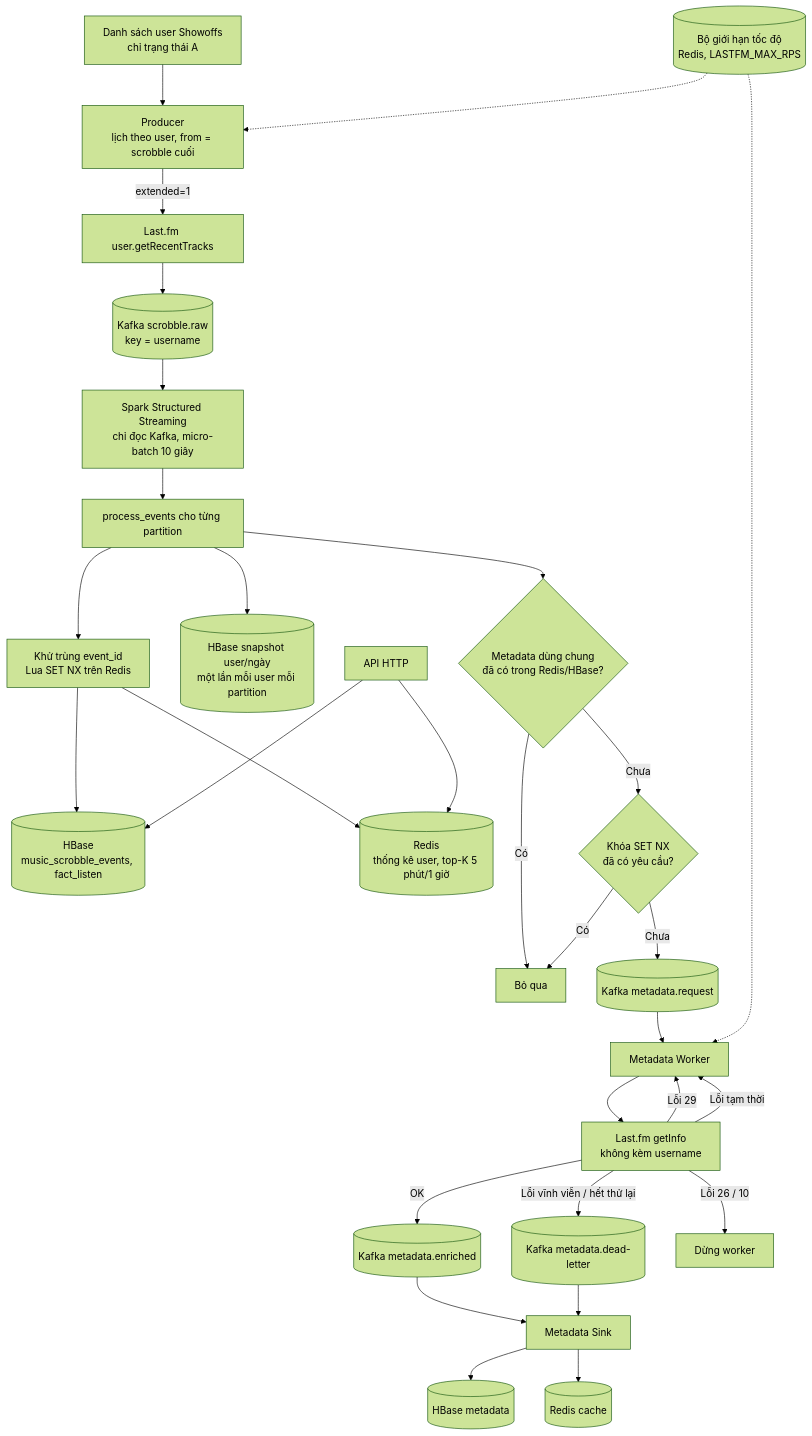
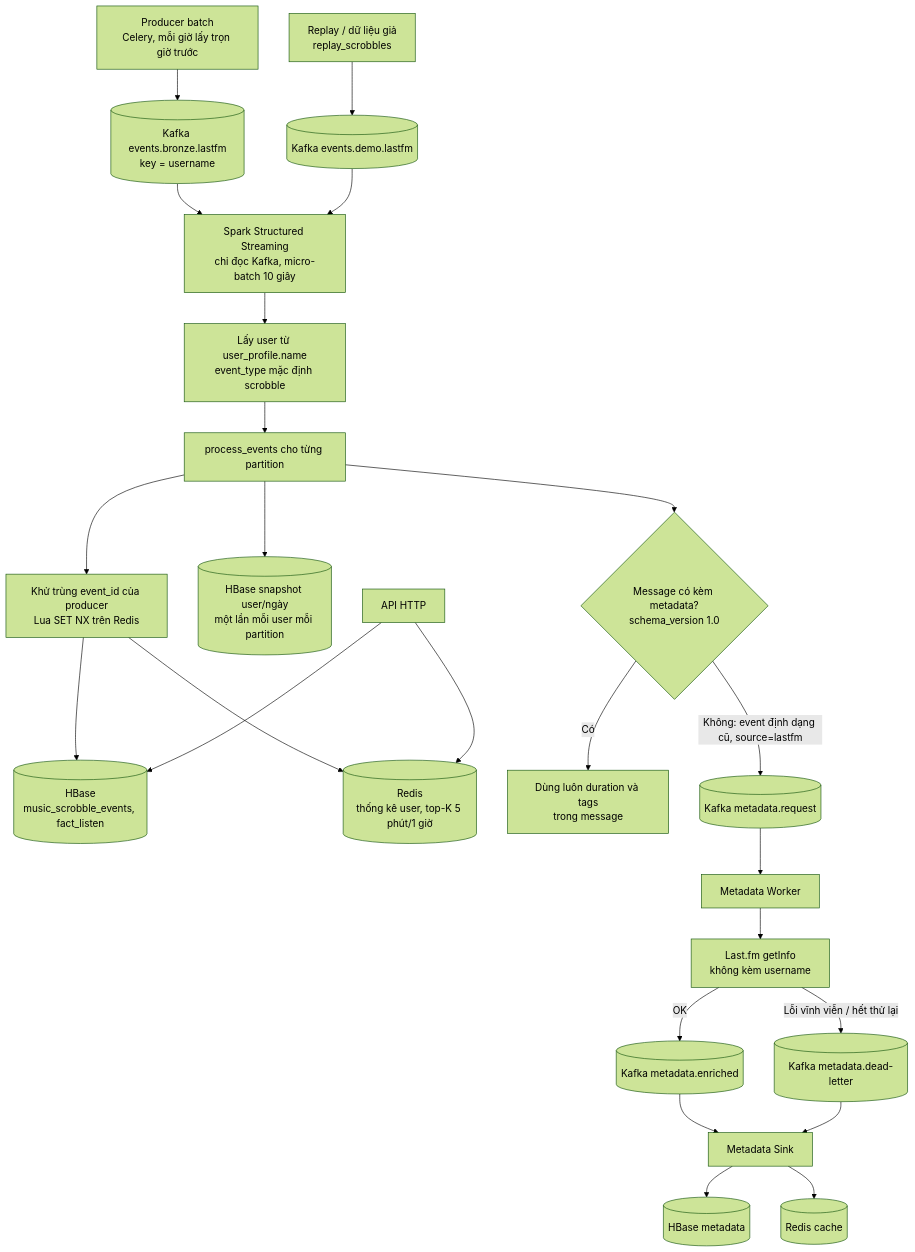
The diagram in docs/stream-flow.md (taihb2005/bigdata-music-analytics), drawn with Mermaid (forest theme) before and after one commit. The commit also changed other lines of this file and 13 other files, not shown here.

Commit message:
feat(stream): đọc message producer batch (events.bronze.lastfm)

````diff
--- a/docs/stream-flow.md
+++ b/docs/stream-flow.md
@@ -3,35 +5,29 @@
 ```mermaid
 flowchart TD
-    A[Danh sách user Showoffs<br/>chỉ trạng thái A] --> B[Producer<br/>lịch theo user, from = scrobble cuối]
-    L[(Bộ giới hạn tốc độ<br/>Redis, LASTFM_MAX_RPS)] -.-> B
-    B -->|extended=1| C[Last.fm user.getRecentTracks]
-    C --> D[(Kafka scrobble.raw<br/>key = username)]
+    P[Producer batch<br/>Celery, mỗi giờ lấy trọn giờ trước] --> D[(Kafka events.bronze.lastfm<br/>key = username)]
+    RP[Replay / dữ liệu giả<br/>replay_scrobbles] --> DM[(Kafka events.demo.lastfm)]
 
     D --> E[Spark Structured Streaming<br/>chỉ đọc Kafka, micro-batch 10 giây]
-    E --> F[process_events cho từng partition]
-    F --> G[Khử trùng event_id<br/>Lua SET NX trên Redis]
+    DM --> E
+    E --> A[Lấy user từ user_profile.name<br/>event_type mặc định scrobble]
+    A --> F[process_events cho từng partition]
+    F --> G[Khử trùng event_id của producer<br/>Lua SET NX trên Redis]
     G --> H[(HBase<br/>music_scrobble_events, fact_listen)]
     G --> I[(Redis<br/>thống kê user, top-K 5 phút/1 giờ)]
     F --> S[(HBase snapshot user/ngày<br/>một lần mỗi user mỗi partition)]
-    F --> J{Metadata dùng chung<br/>đã có trong Redis/HBase?}
+    F --> J{Message có kèm metadata?<br/>schema_version 1.0}
 
-    J -- Có --> K[Bỏ qua]
-    J -- Chưa --> X{Khóa SET NX<br/>đã có yêu cầu?}
-    X -- Có --> K
-    X -- Chưa --> M1[(Kafka metadata.request)]
+    J -- Có --> K[Dùng luôn duration và tags<br/>trong message]
+    J -- Không: event định dạng cũ, source=lastfm --> M1[(Kafka metadata.request)]
     M1 --> W[Metadata Worker]
-    L -.-> W
     W --> N[Last.fm getInfo<br/>không kèm username]
     N -- OK --> O[(Kafka metadata.enriched)]
-    N -- Lỗi 29 --> W
-    N -- Lỗi tạm thời --> W
-    N -- Lỗi vĩnh viễn / hết thử lại --> P[(Kafka metadata.dead-letter)]
-    N -- Lỗi 26 / 10 --> Z[Dừng worker]
+    N -- Lỗi vĩnh viễn / hết thử lại --> PD[(Kafka metadata.dead-letter)]
     O --> Q[Metadata Sink]
-    P --> Q
+    PD --> Q
     Q --> R[(HBase metadata)]
     Q --> T[(Redis cache)]
 
     API[API HTTP] --> I
     API --> H
 ```
````
